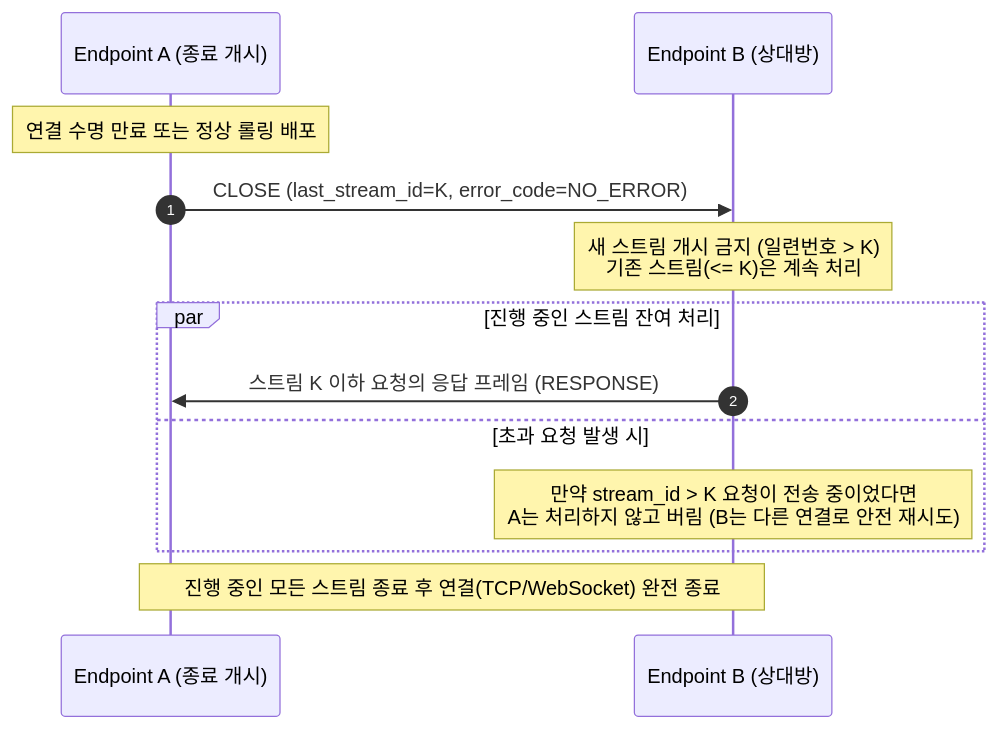
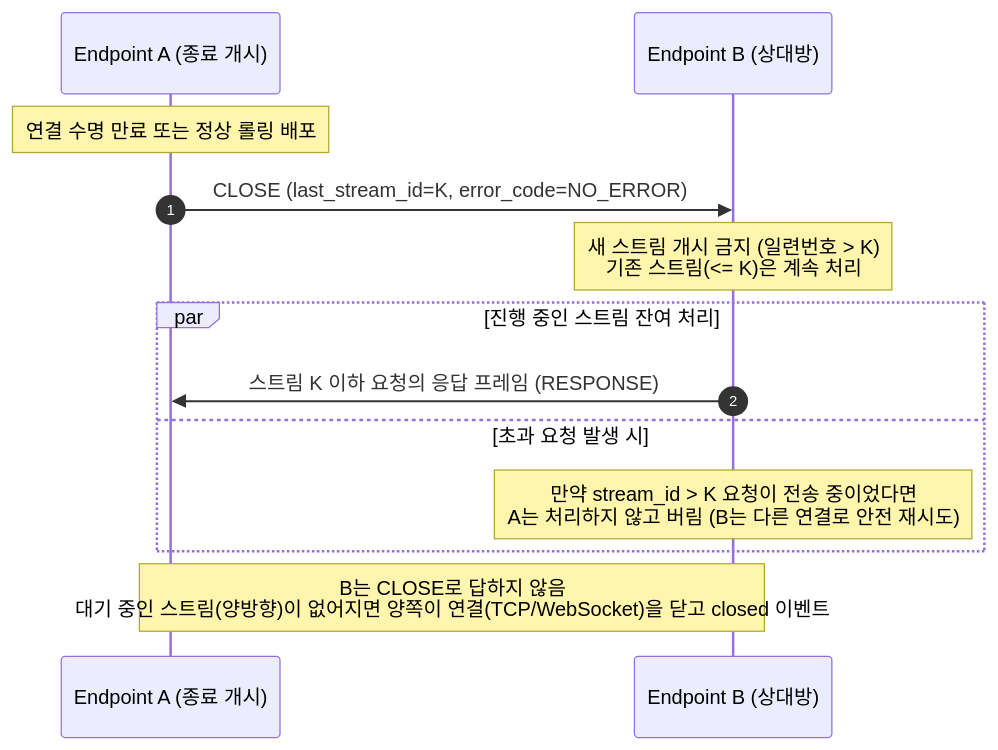
The second of 3 diagrams in docs/specification/STRAND_SPECIFICATION.md (ppzxc/strand), drawn with Mermaid before and after one commit. The commit also changed other lines of this file, not shown here.

````diff
--- a/docs/specification/STRAND_SPECIFICATION.md
+++ b/docs/specification/STRAND_SPECIFICATION.md
@@ -516,19 +518,19 @@
 ```mermaid
 sequenceDiagram
     autonumber
     participant A as Endpoint A (종료 개시)
     participant B as Endpoint B (상대방)
 
     Note over A: 연결 수명 만료 또는 정상 롤링 배포
     A->>B: CLOSE (last_stream_id=K, error_code=NO_ERROR)
     
     Note over B: 새 스트림 개시 금지 (일련번호 > K)<br/>기존 스트림(<= K)은 계속 처리
     
     par 진행 중인 스트림 잔여 처리
         B->>A: 스트림 K 이하 요청의 응답 프레임 (RESPONSE)
     and 초과 요청 발생 시
         Note over B: 만약 stream_id > K 요청이 전송 중이었다면<br/>A는 처리하지 않고 버림 (B는 다른 연결로 안전 재시도)
     end
     
-    Note over A,B: 진행 중인 모든 스트림 종료 후 연결(TCP/WebSocket) 완전 종료
+    Note over A,B: B는 CLOSE로 답하지 않음<br/>대기 중인 스트림(양방향)이 없어지면 양쪽이 연결(TCP/WebSocket)을 닫고 closed 이벤트
 ```
````
